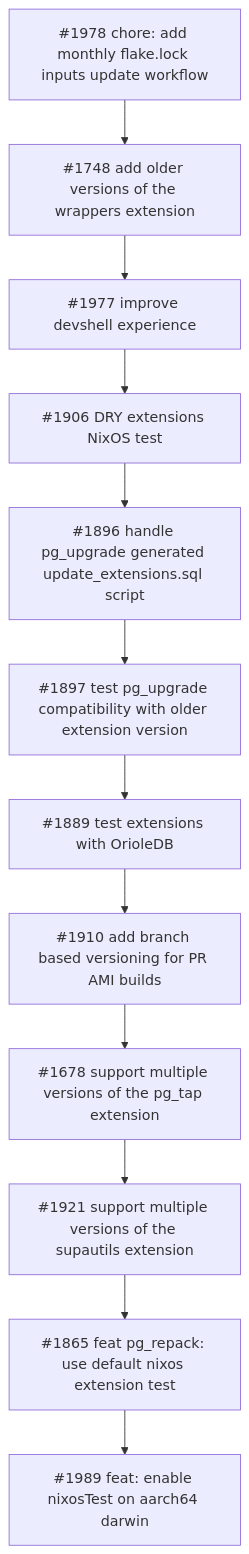
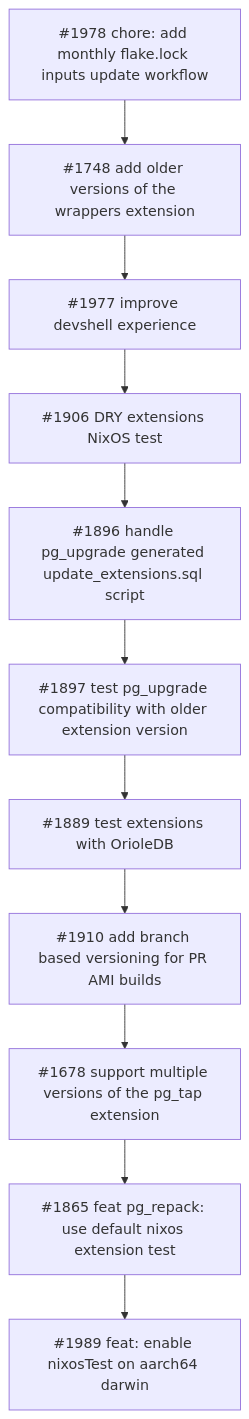
Before and after one commit to supabase/postgres: the second of 3 diagrams in nix/docs/ROADMAP.md, drawn with Mermaid. The commit also changed other lines of this file, not shown here.

Commit message:
Remove references to supautils extension in roadmap

````diff
--- a/nix/docs/ROADMAP.md
+++ b/nix/docs/ROADMAP.md
@@ -77,38 +75,36 @@
 ```mermaid
 graph TD
     %% nixpkgs update
 
     %% testing
     1906[#1906 DRY extensions NixOS test]
-    1921[#1921 support multiple versions of the supautils extension]
     1896[#1896 handle pg_upgrade generated update_extensions.sql script]
     1897[#1897 test pg_upgrade compatibility with older extension version]
     1889[#1889 test extensions with OrioleDB]
     1865[#1865 feat pg_repack: use default nixos extension test]
     1977[#1977 improve devshell experience]
     1978[#1978 chore: add monthly flake.lock inputs update workflow]
     1989[#1989 feat: enable nixosTest on aarch64 darwin]
 
     click 1906 "https://github.com/supabase/postgres/pull/1906" "Open PR #1906"
     click 1896 "https://github.com/supabase/postgres/pull/1896" "Open PR #1896"
     click 1897 "https://github.com/supabase/postgres/pull/1897" "Open PR #1897"
     click 1889 "https://github.com/supabase/postgres/pull/1889" "Open PR #1889"
     click 1865 "https://github.com/supabase/postgres/pull/1865" "Open PR #1865"
-    click 1921 "https://github.com/supabase/postgres/pull/1921" "Open PR #1921"
     click 1977 "https://github.com/supabase/postgres/pull/1977" "Open PR #1877"
     click 1978 "https://github.com/supabase/postgres/pull/1978" "Open PR #1978"
     click 1989 "https://github.com/supabase/postgres/pull/1889" "Open PR #1989"
 
     %% multi-versions
     1748[#1748 add older versions of the wrappers extension]
     1678[#1678 support multiple versions of the pg_tap extension]
 
     click 1748 "https://github.com/supabase/postgres/pull/1748" "Open PR #1748"
     click 1678 "https://github.com/supabase/postgres/pull/1678" "Open PR #1678"
 
     %% gh workflow
     1910[#1910 add branch based versioning for PR AMI builds]
     click 1910 "https://github.com/supabase/postgres/pull/1910" "Open PR #1910"
 
-    1978 --> 1748 --> 1977 --> 1906 --> 1896 --> 1897 --> 1889 --> 1910 --> 1678 --> 1921 --> 1865 --> 1989
+    1978 --> 1748 --> 1977 --> 1906 --> 1896 --> 1897 --> 1889 --> 1910 --> 1678 --> 1865 --> 1989
 ```
````
